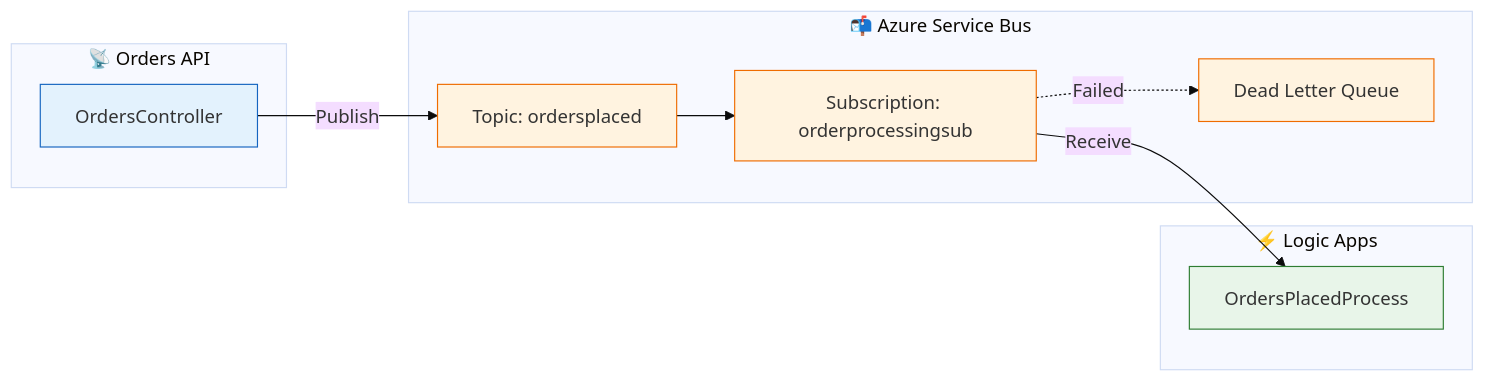
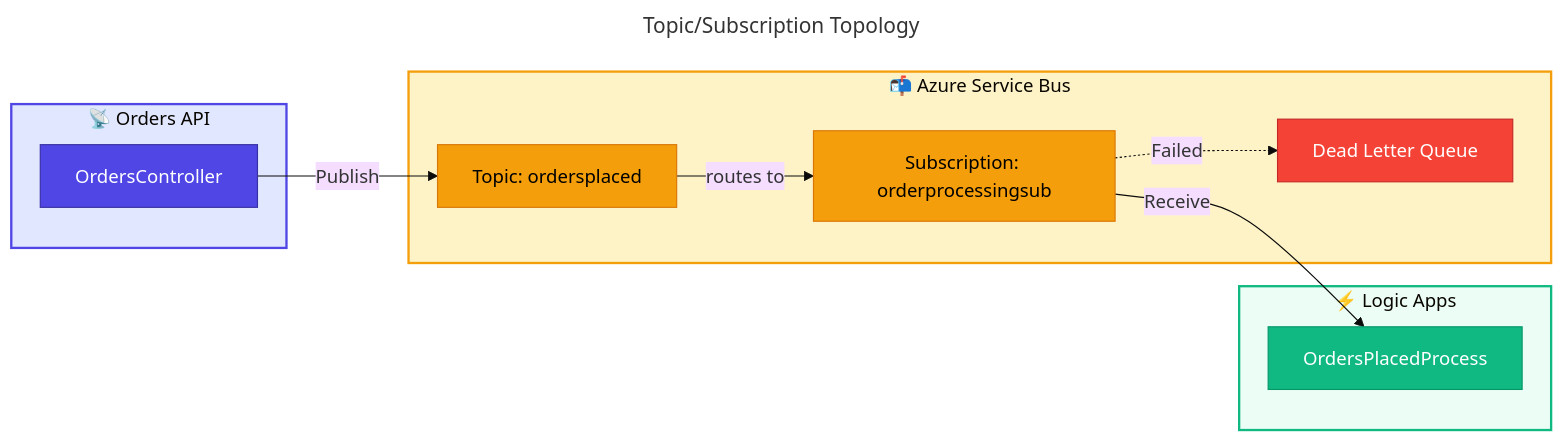
Before and after one commit to Evilazaro/Azure-LogicApps-Monitoring: the diagram in docs/architecture/adr/ADR-002-service-bus-messaging.md, drawn with Mermaid (base theme). The commit also changed 1 other file, not shown here.

Commit message:
refactor: Enhance service bus messaging documentation with improved topic/subscription topology diagram and connection details

````diff
--- a/docs/architecture/adr/ADR-002-service-bus-messaging.md
+++ b/docs/architecture/adr/ADR-002-service-bus-messaging.md
@@ -82,29 +82,44 @@
 ```mermaid
+---
+title: Topic/Subscription Topology
+---
 flowchart LR
+    %% ===== PRODUCER =====
     subgraph Producer["📡 Orders API"]
         API[OrdersController]
     end
 
+    %% ===== SERVICE BUS =====
     subgraph ServiceBus["📬 Azure Service Bus"]
         Topic["Topic: ordersplaced"]
         Sub1["Subscription: orderprocessingsub"]
         DLQ["Dead Letter Queue"]
     end
 
+    %% ===== CONSUMER =====
     subgraph Consumer["⚡ Logic Apps"]
         LA[OrdersPlacedProcess]
     end
 
+    %% ===== CONNECTIONS =====
     API -->|"Publish"| Topic
-    Topic --> Sub1
+    Topic -->|"routes to"| Sub1
     Sub1 -->|"Receive"| LA
     Sub1 -.->|"Failed"| DLQ
 
-    classDef producer fill:#e3f2fd,stroke:#1565c0
-    classDef bus fill:#fff3e0,stroke:#ef6c00
-    classDef consumer fill:#e8f5e9,stroke:#2e7d32
+    %% ===== CLASS DEFINITIONS (EXACT HEX COLORS) =====
+    classDef primary fill:#4F46E5,stroke:#3730A3,color:#FFFFFF
+    classDef secondary fill:#10B981,stroke:#059669,color:#FFFFFF
+    classDef datastore fill:#F59E0B,stroke:#D97706,color:#000000
+    classDef failed fill:#F44336,stroke:#C62828,color:#FFFFFF
 
-    class API producer
-    class Topic,Sub1,DLQ bus
-    class LA consumer
+    class API primary
+    class Topic,Sub1 datastore
+    class DLQ failed
+    class LA secondary
+
+    %% ===== SUBGRAPH STYLES =====
+    style Producer fill:#E0E7FF,stroke:#4F46E5,stroke-width:2px
+    style ServiceBus fill:#FEF3C7,stroke:#F59E0B,stroke-width:2px
+    style Consumer fill:#ECFDF5,stroke:#10B981,stroke-width:2px
 ```
````
